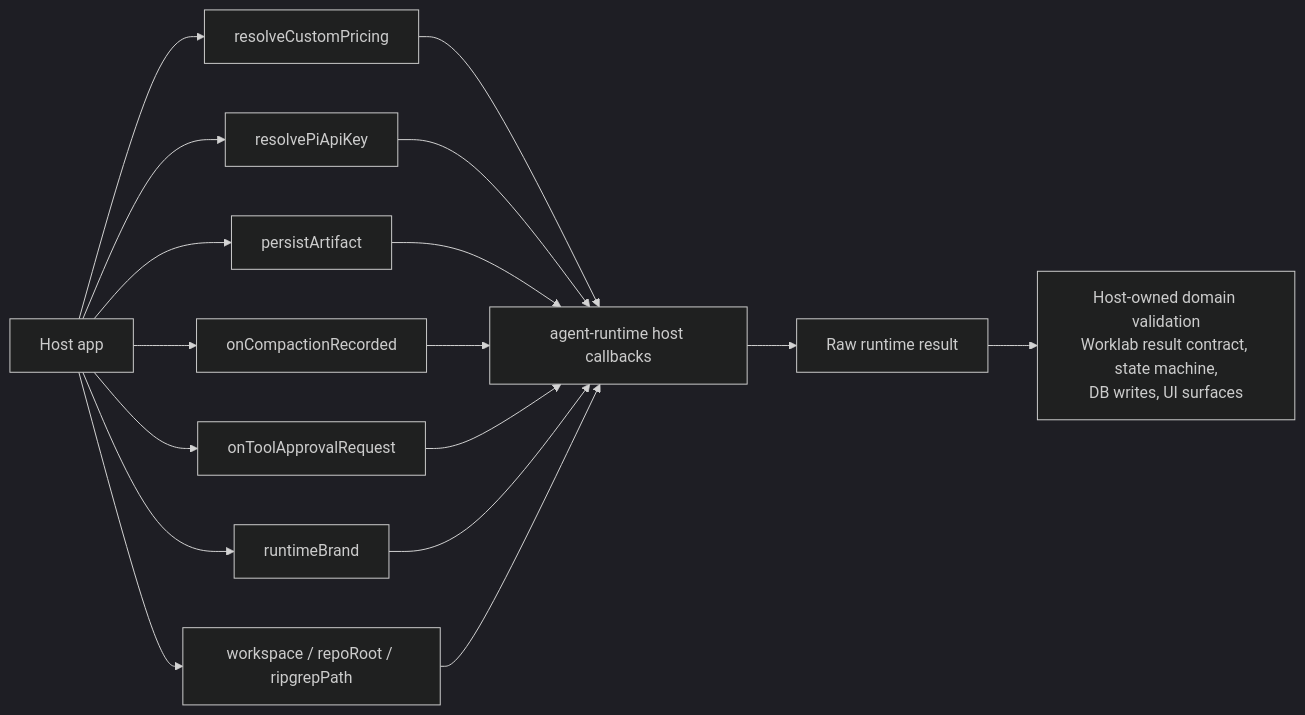
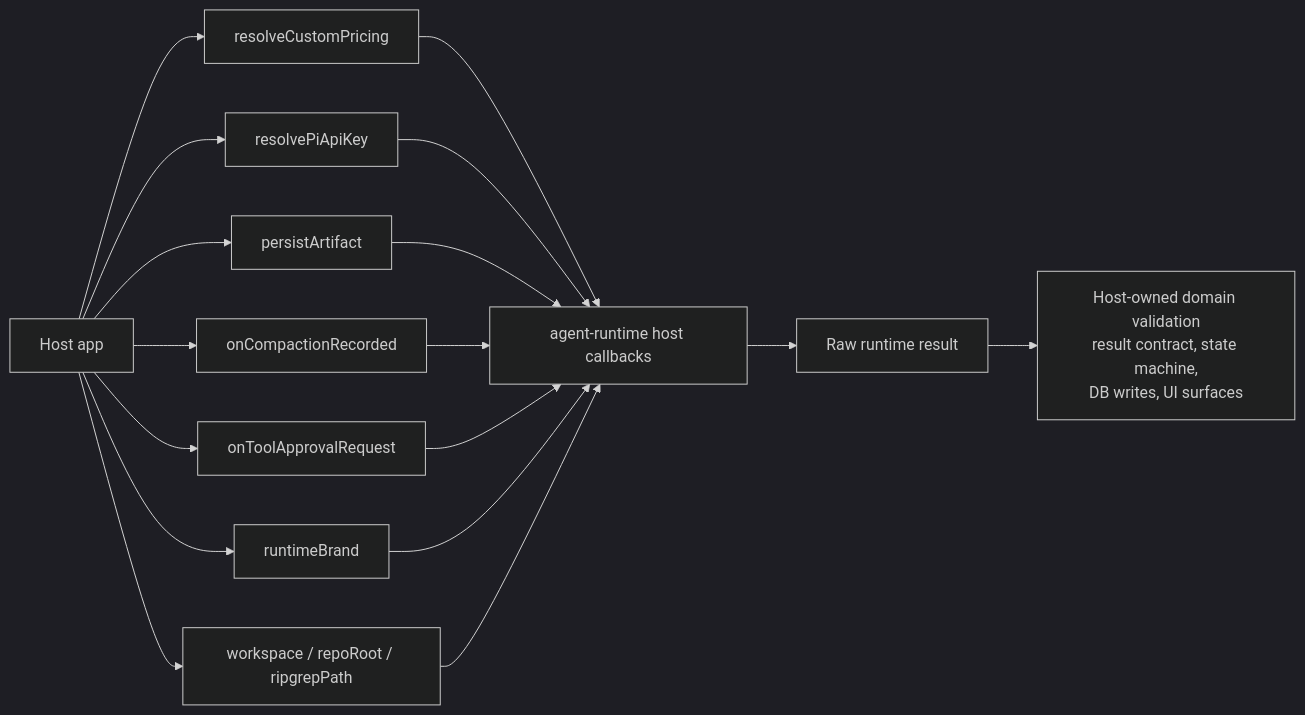
One commit to robertsreberski/mono-agent changed the fifth of 5 diagrams in packages/agent-runtime/ARCHITECTURE.md. Above: the diagram before and after it, drawn with Mermaid (dark theme). The commit also changed other lines of this file and 157 other files, not shown here.

````diff
--- a/packages/agent-runtime/ARCHITECTURE.md
+++ b/packages/agent-runtime/ARCHITECTURE.md
@@ -178,21 +177,21 @@
 ```mermaid
 flowchart LR
   Host["Host app"] --> Pricing["resolveCustomPricing"]
   Host --> Auth["resolvePiApiKey"]
   Host --> Persist["persistArtifact"]
   Host --> Compact["onCompactionRecorded"]
   Host --> Approval["onToolApprovalRequest"]
   Host --> Brand["runtimeBrand"]
   Host --> Roots["workspace / repoRoot / ripgrepPath"]
 
   Pricing --> Runtime["agent-runtime host callbacks"]
   Auth --> Runtime
   Persist --> Runtime
   Compact --> Runtime
   Approval --> Runtime
   Brand --> Runtime
   Roots --> Runtime
 
   Runtime --> Raw["Raw runtime result"]
-  Raw --> Domain["Host-owned domain validation<br/>Worklab result contract, state machine,<br/>DB writes, UI surfaces"]
+  Raw --> Domain["Host-owned domain validation<br/>result contract, state machine,<br/>DB writes, UI surfaces"]
 ```
````
